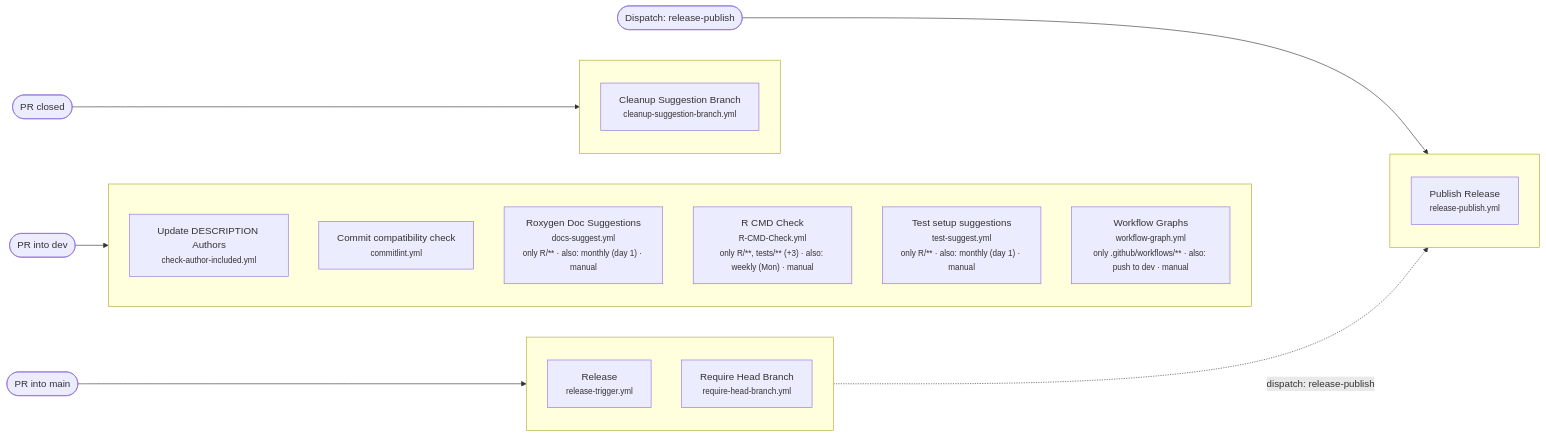
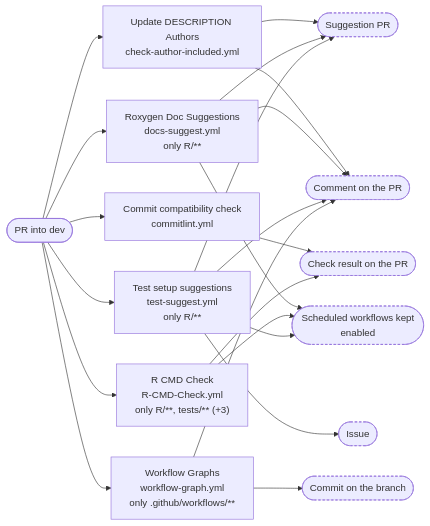
Before and after one commit to nfdi4health/dsSupportClient: the first of 15 diagrams in .github/workflow-graphs/README.md, drawn with Mermaid. The commit also changed other lines of this file, not shown here.

Commit message:
docs: update workflow diagrams

````diff
--- a/.github/workflow-graphs/README.md
+++ b/.github/workflow-graphs/README.md
@@ -12,30 +27,37 @@
 ```mermaid
 flowchart LR
-  ev_1(["PR into dev"]) --> lane_1
-  subgraph lane_1 [" "]
-    direction TB
-    wf_check_author_included_yml["Update DESCRIPTION Authors<br/><small>check-author-included.yml</small>"]
-    wf_commitlint_yml["Commit compatibility check<br/><small>commitlint.yml</small>"]
-    wf_docs_suggest_yml["Roxygen Doc Suggestions<br/><small>docs-suggest.yml</small><br/><small>only R/** · also: monthly (day 1) · manual</small>"]
-    wf_R_CMD_Check_yml["R CMD Check<br/><small>R-CMD-Check.yml</small><br/><small>only R/**, tests/** (+3) · also: weekly (Mon) · manual</small>"]
-    wf_test_suggest_yml["Test setup suggestions<br/><small>test-suggest.yml</small><br/><small>only R/** · also: monthly (day 1) · manual</small>"]
-    wf_workflow_graph_yml["Workflow Graphs<br/><small>workflow-graph.yml</small><br/><small>only .github/workflows/** · also: push to dev · manual</small>"]
-  end
-  ev_2(["PR closed"]) --> lane_2
-  subgraph lane_2 [" "]
-    direction TB
-    wf_cleanup_suggestion_branch_yml["Cleanup Suggestion Branch<br/><small>cleanup-suggestion-branch.yml</small>"]
-  end
-  ev_3(["PR into main"]) --> lane_3
-  subgraph lane_3 [" "]
-    direction TB
-    wf_release_trigger_yml["Release<br/><small>release-trigger.yml</small>"]
-    wf_require_head_branch_yml["Require Head Branch<br/><small>require-head-branch.yml</small>"]
-  end
-  ev_4(["Dispatch: release-publish"]) --> lane_4
-  subgraph lane_4 [" "]
-    direction TB
-    wf_release_publish_yml["Publish Release<br/><small>release-publish.yml</small>"]
-  end
-  wf_release_trigger_yml -. "dispatch: release-publish" .-> wf_release_publish_yml
+  ev(["PR into dev"])
+  wf_check_author_included_yml["Update DESCRIPTION Authors<br/>check-author-included.yml"]
+  ev --> wf_check_author_included_yml
+  wf_commitlint_yml["Commit compatibility check<br/>commitlint.yml"]
+  ev --> wf_commitlint_yml
+  wf_docs_suggest_yml["Roxygen Doc Suggestions<br/>docs-suggest.yml<br/>only R/#42;#42;"]
+  ev --> wf_docs_suggest_yml
+  wf_R_CMD_Check_yml["R CMD Check<br/>R-CMD-Check.yml<br/>only R/#42;#42;, tests/#42;#42; (+3)"]
+  ev --> wf_R_CMD_Check_yml
+  wf_test_suggest_yml["Test setup suggestions<br/>test-suggest.yml<br/>only R/#42;#42;"]
+  ev --> wf_test_suggest_yml
+  wf_workflow_graph_yml["Workflow Graphs<br/>workflow-graph.yml<br/>only .github/workflows/#42;#42;"]
+  ev --> wf_workflow_graph_yml
+  out_1(["Suggestion PR"]):::outcome
+  out_2(["Comment on the PR"]):::outcome
+  out_3(["Check result on the PR"]):::outcome
+  out_4(["Scheduled workflows kept<br/>enabled"]):::outcome
+  out_5(["Issue"]):::outcome
+  out_6(["Commit on the branch"]):::outcome
+  wf_check_author_included_yml --> out_1
+  wf_check_author_included_yml --> out_2
+  wf_commitlint_yml --> out_3
+  wf_docs_suggest_yml --> out_1
+  wf_docs_suggest_yml --> out_2
+  wf_docs_suggest_yml --> out_4
+  wf_R_CMD_Check_yml --> out_3
+  wf_R_CMD_Check_yml --> out_4
+  wf_test_suggest_yml --> out_1
+  wf_test_suggest_yml --> out_2
+  wf_test_suggest_yml --> out_5
+  wf_test_suggest_yml --> out_4
+  wf_workflow_graph_yml --> out_6
+  wf_workflow_graph_yml --> out_2
+  classDef outcome stroke-dasharray: 4 3
 ```
````
